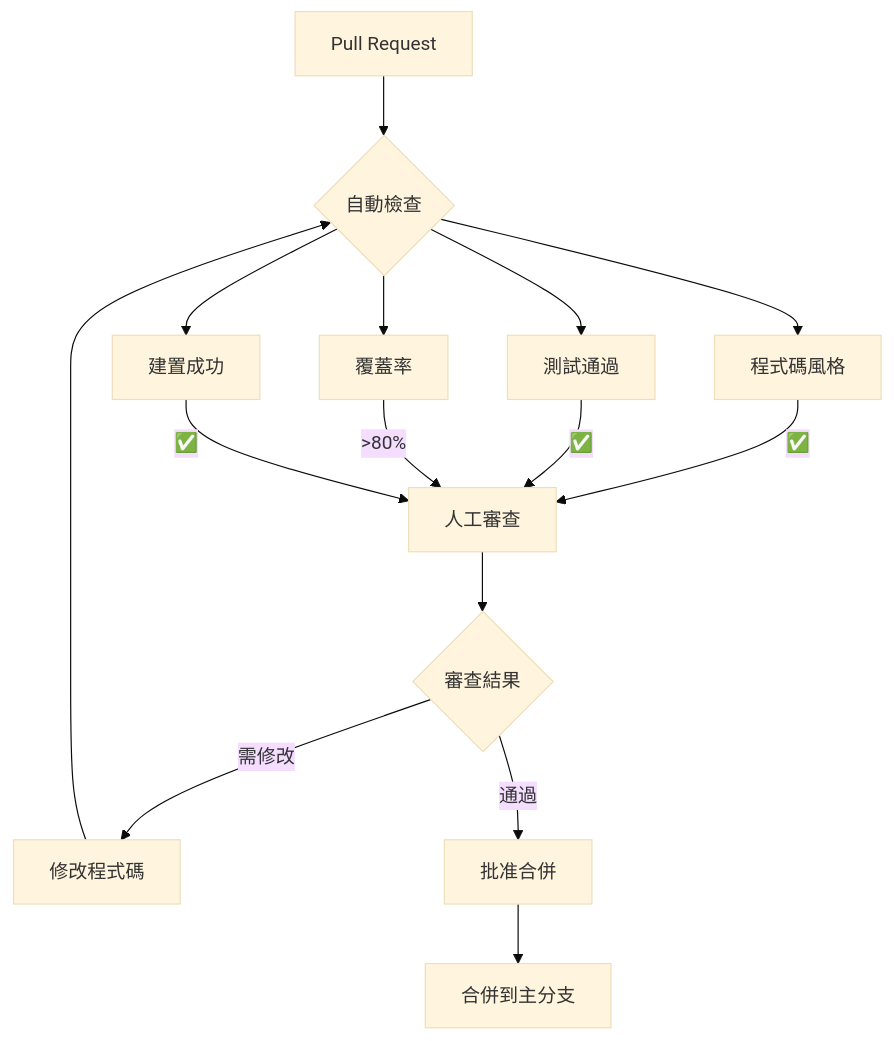
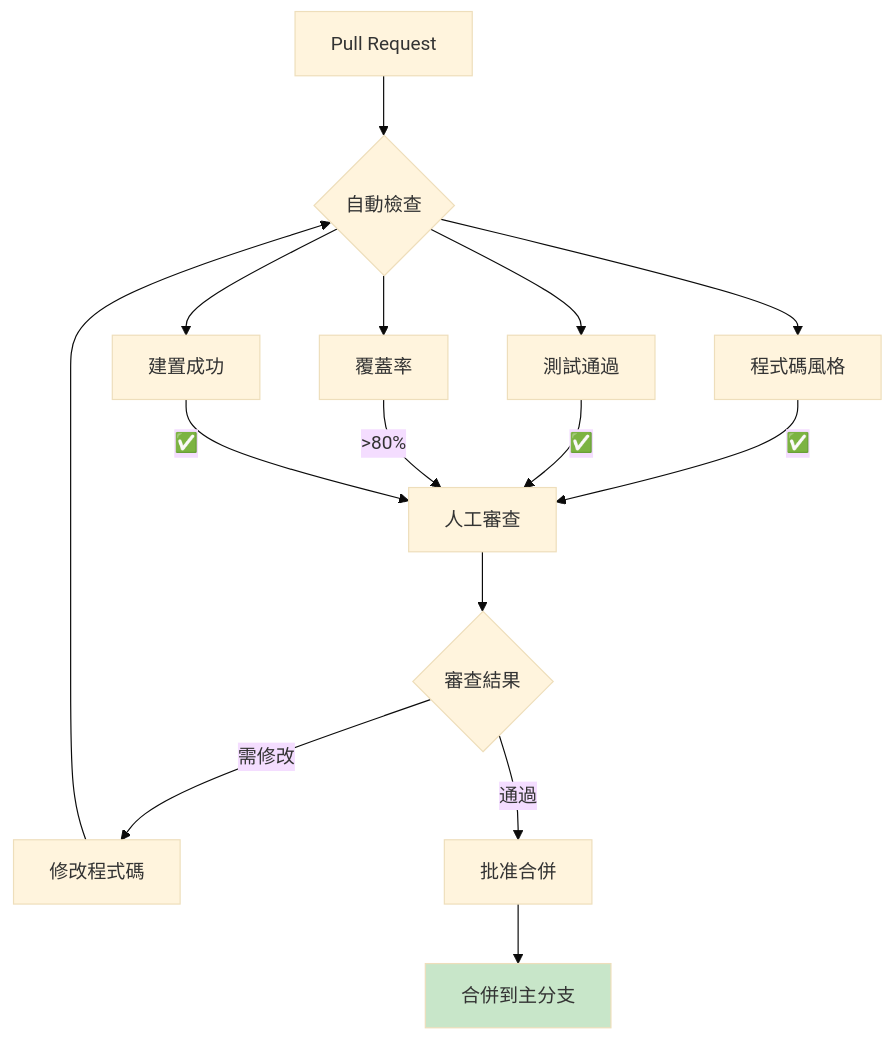
One commit to tboydar/service-booking-api changed diagram 22 of 22 in README.md. Above: the diagram before and after it, drawn with Mermaid (base theme). The commit also changed other lines of this file and 11 other files, not shown here.

````diff
--- a/README.md
+++ b/README.md
@@ -1582,22 +1439,23 @@
 ```mermaid
 flowchart TD
     PR[Pull Request] --> Checks{自動檢查}
 
     Checks --> Lint[程式碼風格]
     Checks --> Test[測試通過]
     Checks --> Coverage[覆蓋率]
     Checks --> Build[建置成功]
 
     Lint -->|✅| Review[人工審查]
     Test -->|✅| Review
     Coverage -->|>80%| Review
     Build -->|✅| Review
 
     Review --> Feedback{審查結果}
     Feedback -->|需修改| Revise[修改程式碼]
     Feedback -->|通過| Approve[批准合併]
 
     Revise --> Checks
     Approve --> Merge[合併到主分支]
 
+    style Merge fill:#c8e6c9
 ```
````
